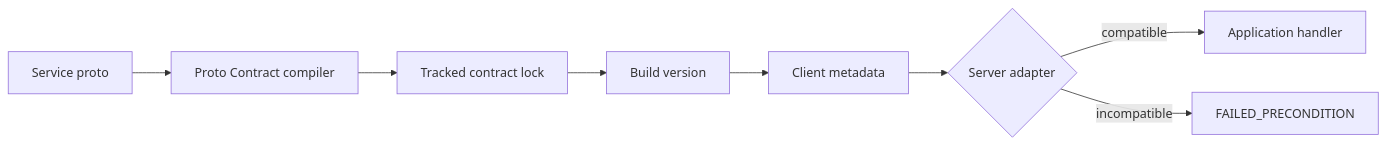
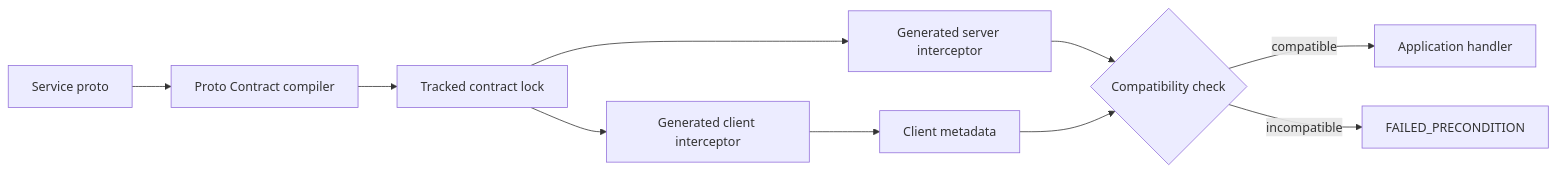
One commit to dunkymole/proto-contract changed the diagram in README.md. Above: the diagram before and after it, drawn with Mermaid. The commit also changed other lines of this file and 7 other files, not shown here.

````diff
--- a/README.md
+++ b/README.md
@@ -19,10 +19,12 @@
 ```mermaid
 flowchart LR
   P[Service proto] --> C[Proto Contract compiler]
   C --> L[Tracked contract lock]
-  L --> B[Build version]
+  L --> B[Generated client interceptor]
+  L --> G[Generated server interceptor]
   B --> I[Client metadata]
-  I --> S{Server adapter}
+  G --> S{Compatibility check}
+  I --> S
   S -->|compatible| A[Application handler]
   S -->|incompatible| F[FAILED_PRECONDITION]
 ```
````
